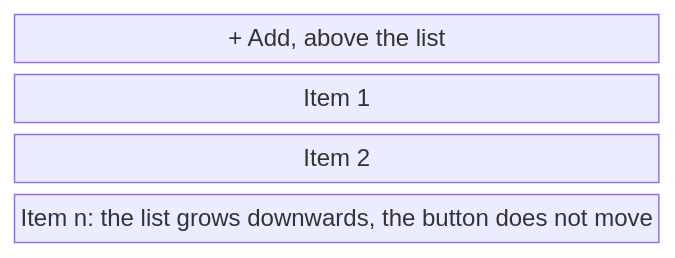
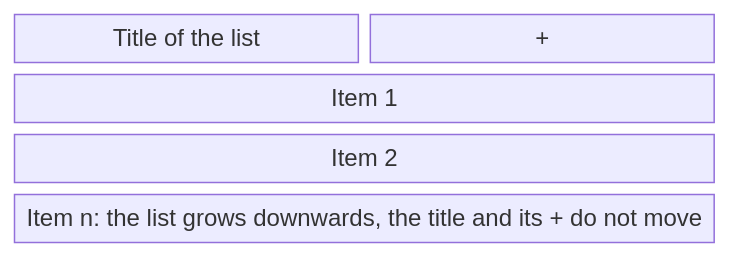
Before and after one commit to AlexandreGallais/synoptic-studio-spec: the second of 6 diagrams in screens/README.md, drawn with Mermaid. The commit also changed other lines of this file and 12 other files, not shown here.

````diff
--- a/screens/README.md
+++ b/screens/README.md
@@ -47,8 +57,8 @@
 ```mermaid
 block-beta
-    columns 1
-    add["+ Add, above the list"]
-    l1["Item 1"]
-    l2["Item 2"]
-    l3["Item n: the list grows downwards, the button does not move"]
+    columns 2
+    title["Title of the list"] add["+"]
+    l1["Item 1"]:2
+    l2["Item 2"]:2
+    l3["Item n: the list grows downwards, the title and its + do not move"]:2
 ```
````
